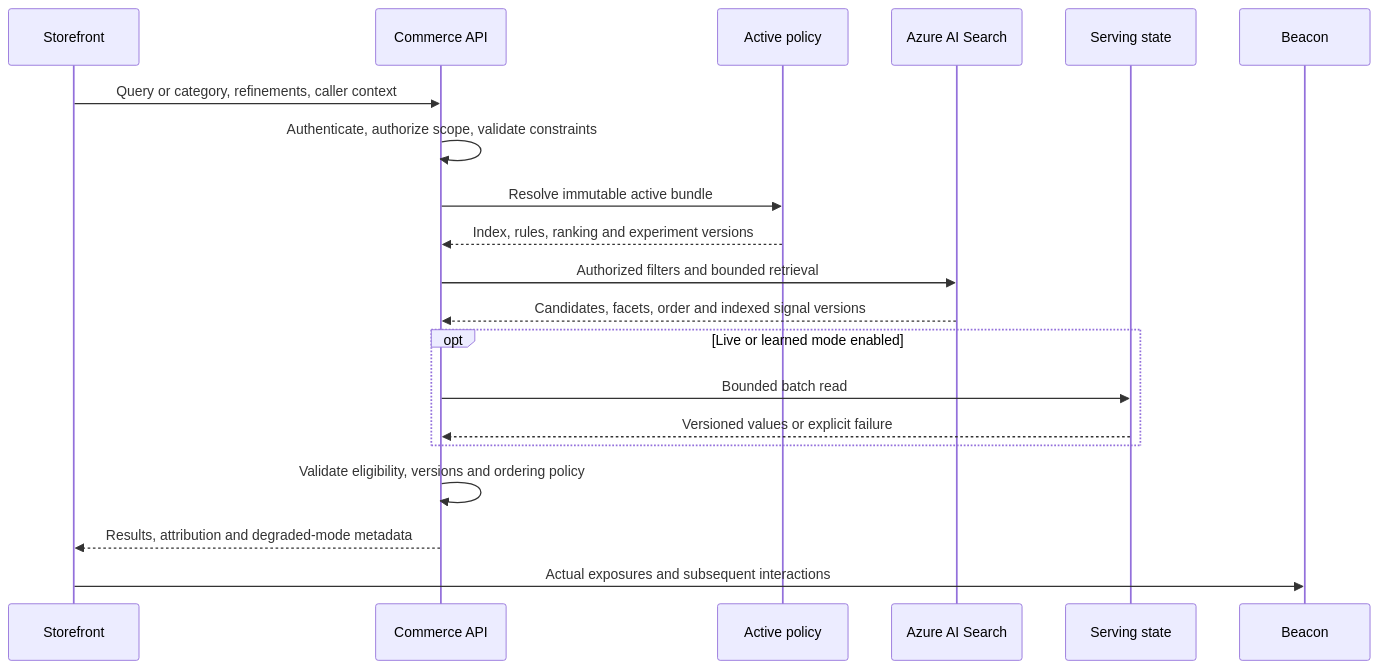
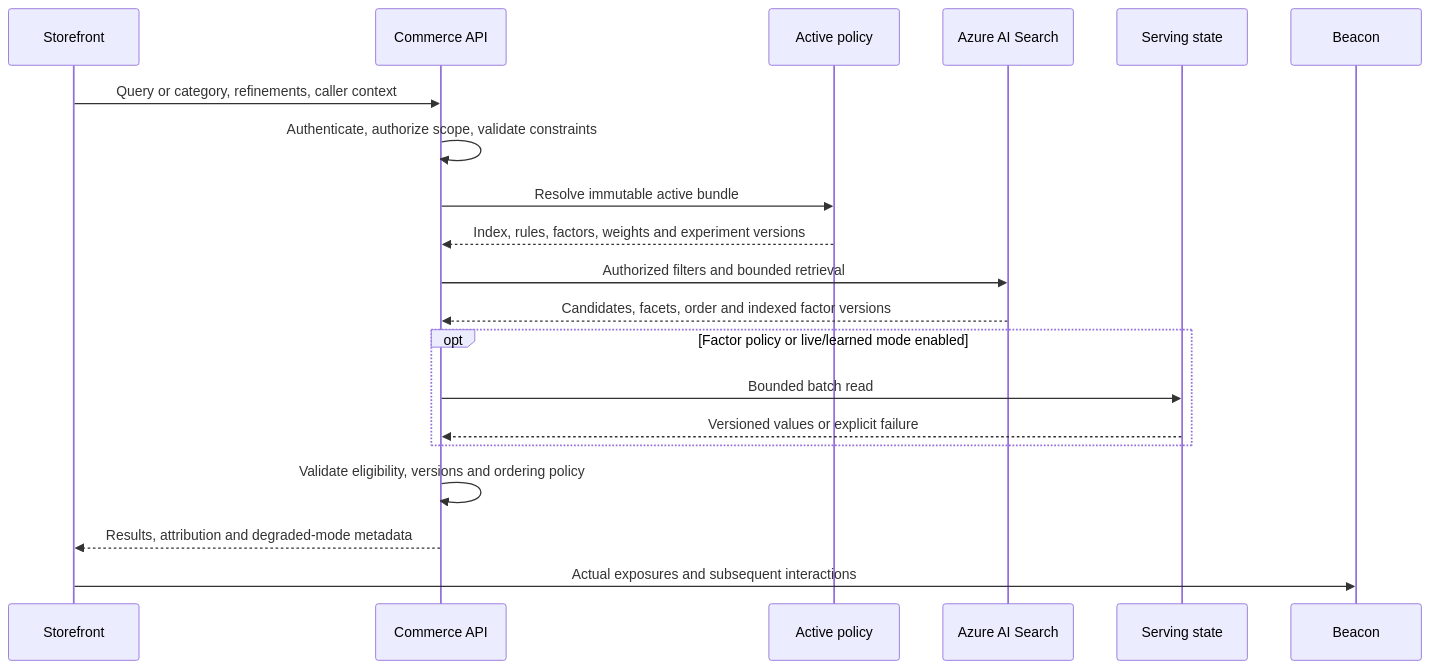
Before and after one commit to duongthaiha/dynamic-real-time-search: the second of 3 diagrams in docs/architecture/azure-commerce-search-platform-design.md, drawn with Mermaid. The commit also changed other lines of this file and 2 other files, not shown here.

````diff
--- a/docs/architecture/azure-commerce-search-platform-design.md
+++ b/docs/architecture/azure-commerce-search-platform-design.md
@@ -263,22 +722,22 @@
 ```mermaid
 sequenceDiagram
     participant UI as Storefront
     participant API as Commerce API
     participant Policy as Active policy
     participant Search as Azure AI Search
     participant State as Serving state
     participant Beacon as Beacon
     UI->>API: Query or category, refinements, caller context
     API->>API: Authenticate, authorize scope, validate constraints
     API->>Policy: Resolve immutable active bundle
-    Policy-->>API: Index, rules, ranking and experiment versions
+    Policy-->>API: Index, rules, factors, weights and experiment versions
     API->>Search: Authorized filters and bounded retrieval
-    Search-->>API: Candidates, facets, order and indexed signal versions
-    opt Live or learned mode enabled
+    Search-->>API: Candidates, facets, order and indexed factor versions
+    opt Factor policy or live/learned mode enabled
         API->>State: Bounded batch read
         State-->>API: Versioned values or explicit failure
     end
     API->>API: Validate eligibility, versions and ordering policy
     API-->>UI: Results, attribution and degraded-mode metadata
     UI->>Beacon: Actual exposures and subsequent interactions
 ```
````
